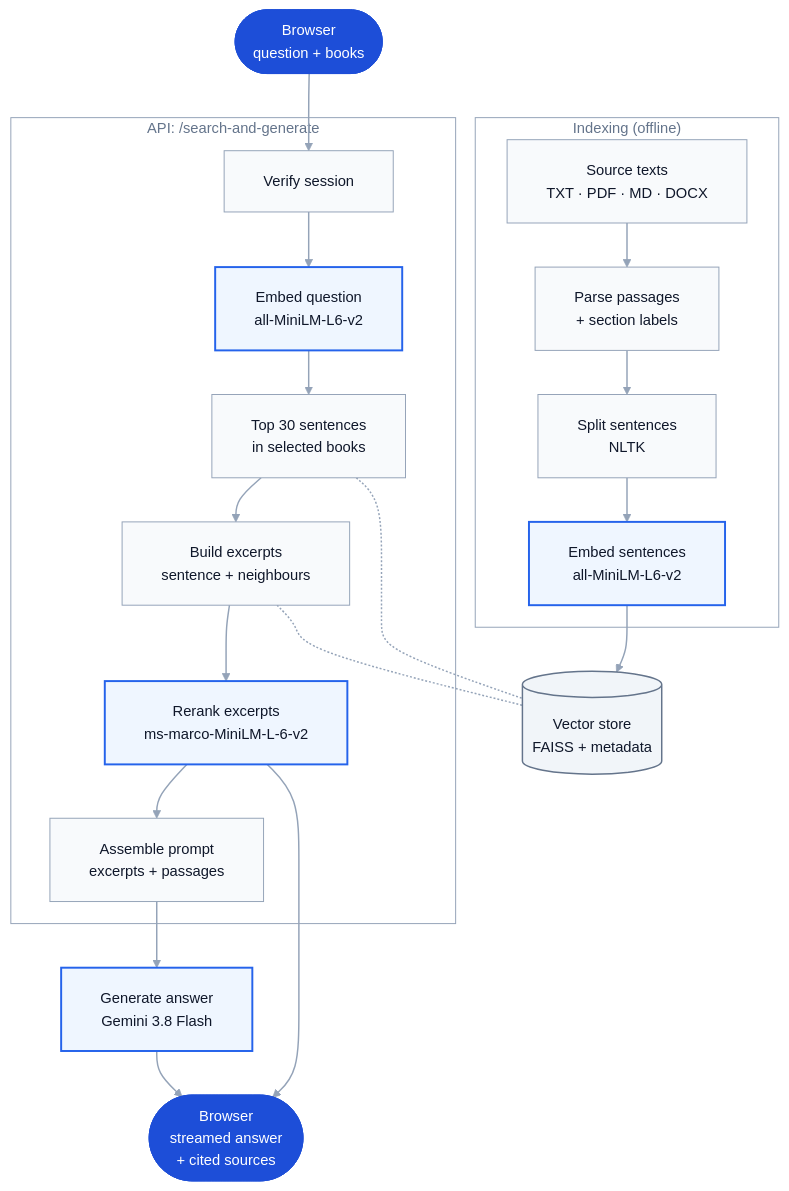
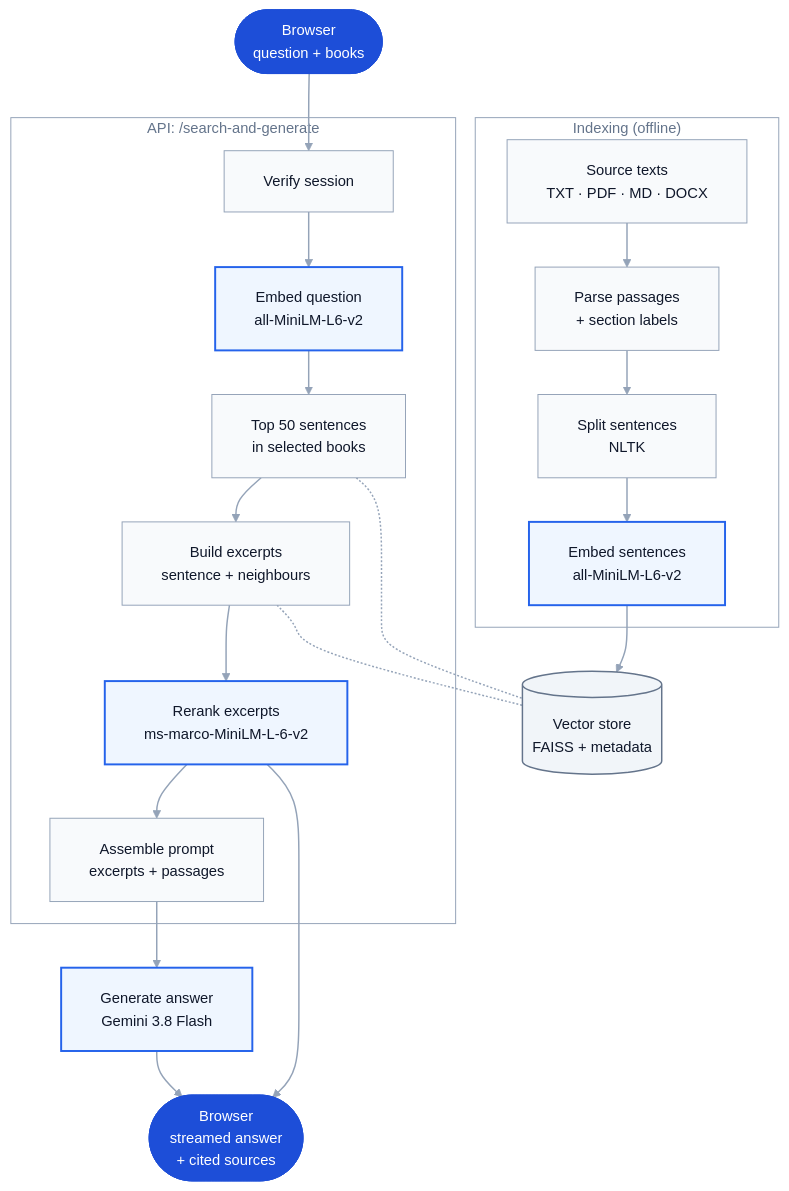
Before and after one commit to jessecui/philosearch: the diagram in README.md, drawn with Mermaid. The commit also changed other lines of this file and 5 other files, not shown here.

````diff
--- a/README.md
+++ b/README.md
@@ -24,43 +24,43 @@
 ```mermaid
 %%{init: {"theme": "base", "themeVariables": {"fontSize": "15px", "lineColor": "#94a3b8", "textColor": "#64748b", "clusterBkg": "transparent", "clusterBorder": "#94a3b8", "titleColor": "#64748b"}, "flowchart": {"curve": "basis", "nodeSpacing": 45, "rankSpacing": 45, "padding": 20, "wrappingWidth": 400}}}%%
 flowchart TB
     UI(["Browser<br/>question + books"])
 
     subgraph IDX["#nbsp;#nbsp;#nbsp;#nbsp;#nbsp;#nbsp;#nbsp;#nbsp;Indexing (offline)#nbsp;#nbsp;#nbsp;#nbsp;#nbsp;#nbsp;#nbsp;#nbsp;"]
         T["Source texts<br/>TXT · PDF · MD · DOCX"] --> P["Parse passages<br/>+ section labels"]
         P --> S["Split sentences<br/>NLTK"]
         S --> E1["Embed sentences<br/>all-MiniLM-L6-v2"]
     end
 
     STORE[("Vector store<br/>FAISS + metadata")]
 
     subgraph API["#nbsp;#nbsp;#nbsp;#nbsp;#nbsp;#nbsp;#nbsp;#nbsp;API: /search-and-generate#nbsp;#nbsp;#nbsp;#nbsp;#nbsp;#nbsp;#nbsp;#nbsp;"]
         A["Verify session"] --> Q["Embed question<br/>all-MiniLM-L6-v2"]
-        Q --> K["Top 30 sentences<br/>in selected books"]
+        Q --> K["Top 50 sentences<br/>in selected books"]
         K --> X["Build excerpts<br/>sentence + neighbours"]
         X --> R["Rerank excerpts<br/>ms-marco-MiniLM-L-6-v2"]
         R --> G["Assemble prompt<br/>excerpts + passages"]
     end
 
     LLM["Generate answer<br/>Gemini 3.8 Flash"]
     OUT(["Browser<br/>streamed answer<br/>+ cited sources"])
 
     UI --> A
     E1 --> STORE
     K -.- STORE
     X -.- STORE
     G --> LLM
     R --> OUT
     LLM --> OUT
 
     classDef step fill:#f8fafc,stroke:#94a3b8,stroke-width:1px,color:#0f172a
     classDef model fill:#eff6ff,stroke:#2563eb,stroke-width:2px,color:#0f172a
     classDef store fill:#f1f5f9,stroke:#64748b,stroke-width:1.5px,color:#0f172a
     classDef client fill:#1d4ed8,stroke:#1d4ed8,color:#ffffff
 
     class T,P,S,A,K,X,G step
     class E1,Q,R,LLM model
     class STORE store
     class UI,OUT client
     linkStyle default stroke:#94a3b8,stroke-width:1.5px
 ```
````
